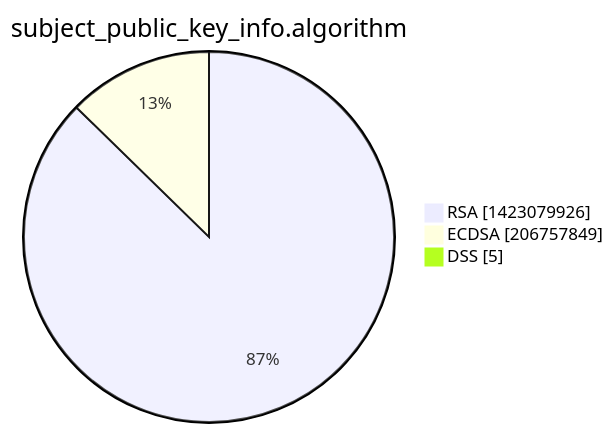
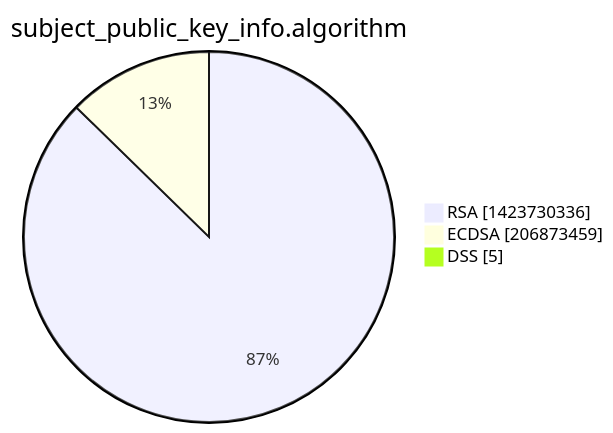
The third of 15 diagrams in xenon2022/README.md (christiankrug/ctmonitor_visualization), drawn with Mermaid before and after one commit. The commit also changed other lines of this file, not shown here.

````diff
--- a/xenon2022/README.md
+++ b/xenon2022/README.md
@@ -14,7 +14,7 @@
 ```mermaid
 pie showData
 title subject_public_key_info.algorithm
-"RSA" :1423079926
-"ECDSA" :206757849
+"RSA" :1423730336
+"ECDSA" :206873459
 "DSS" :5
 ```
````
